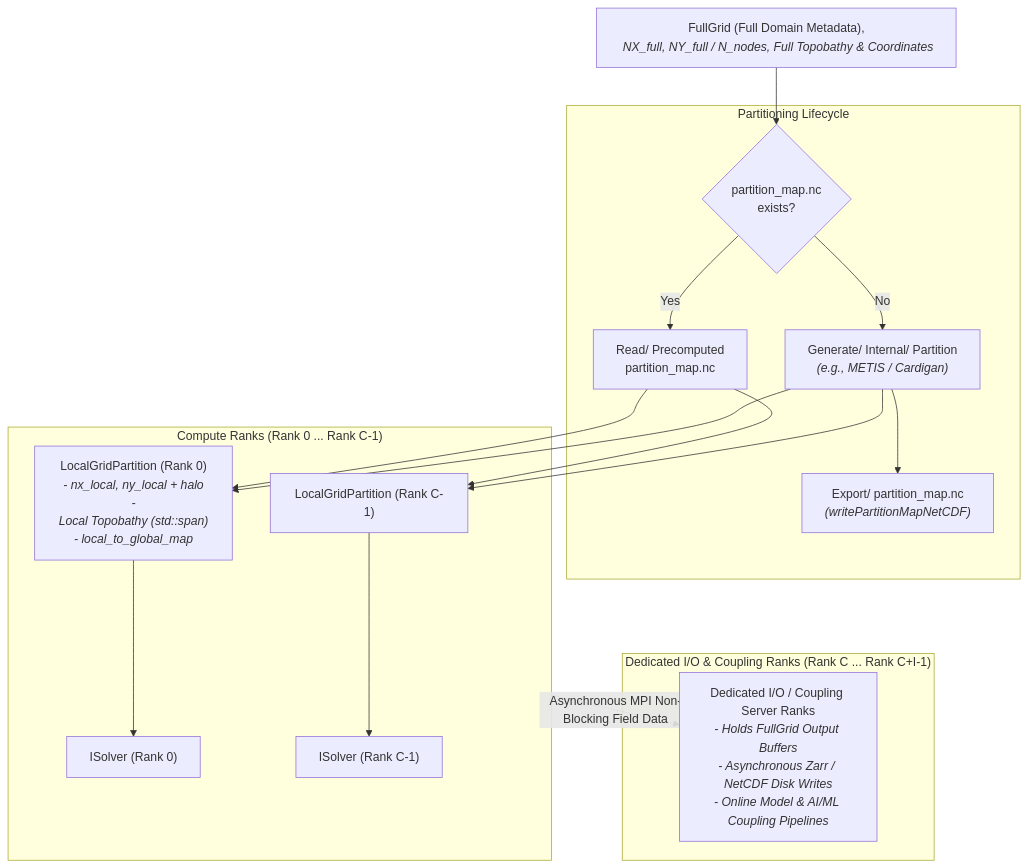
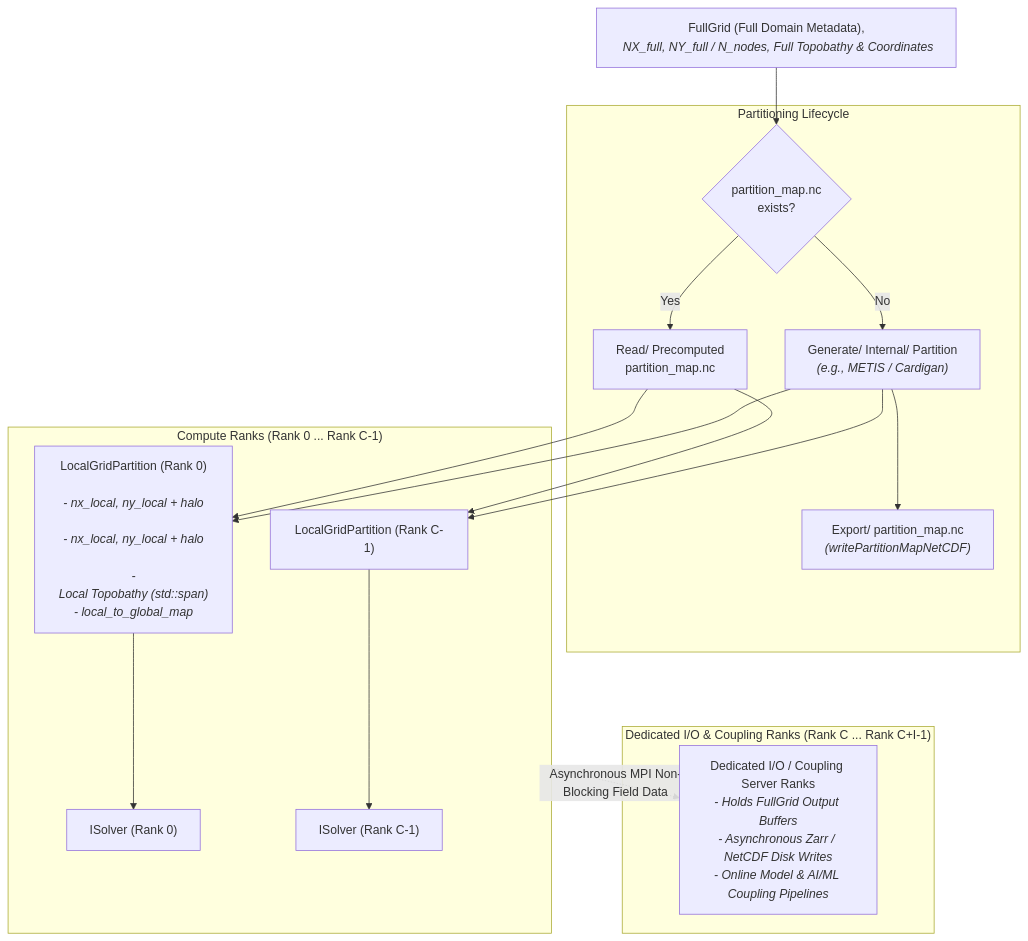
The third of 3 diagrams in ASSESSMENT.md (HendrikTolman-NOAA/WW4_HLT), drawn with Mermaid before and after one commit.

Commit message:
Format LP0 description for better readability

````diff
--- a/ASSESSMENT.md
+++ b/ASSESSMENT.md
@@ -208,39 +208,42 @@
 ```mermaid
 graph TD
     FG["FullGrid&nbsp;(Full&nbsp;Domain&nbsp;Metadata),<br/><i>&nbsp;NX_full,&nbsp;NY_full&nbsp;/&nbsp;N_nodes,&nbsp;Full&nbsp;Topobathy&nbsp;&&nbsp;Coordinates</i>"]
 
     subgraph PartMap ["Partitioning Lifecycle"]
         PM_CHK{"partition_map.nc<br/>exists?"}
         PM_READ["Read/&nbsp;Precomputed<br/>partition_map.nc"]
         PM_GEN["Generate/&nbsp;Internal/&nbsp;Partition<br/><i>(e.g., METIS / Cardigan)</i>"]
         PM_WRITE["Export/&nbsp;partition_map.nc<br/><i>(writePartitionMapNetCDF)</i>"]
 
         PM_CHK -- Yes --> PM_READ
         PM_CHK -- No --> PM_GEN
         PM_GEN --> PM_WRITE
     end
 
     FG --> PM_CHK
 
     subgraph ComputeRanks ["Compute Ranks (Rank 0 ... Rank C-1)"]
-        LP0["LocalGridPartition&nbsp;(Rank&nbsp;0)<br/><i>-&nbsp;nx_local,&nbsp;ny_local&nbsp;+&nbsp;halo</i><br/><i>-Local&nbsp;Topobathy&nbsp;(std::span)</i><br/><i>-&nbsp;local_to_global_map</i>"]
+        LP0["LocalGridPartition&nbsp;(Rank&nbsp;0)<br/>
+<i>-&nbsp;nx_local,&nbsp;ny_local&nbsp;+&nbsp;halo</i><br/>
+<i>-&nbsp;nx_local,&nbsp;ny_local&nbsp;+&nbsp;halo</i><br/>
+<i>-Local&nbsp;Topobathy&nbsp;(std::span)</i><br/><i>-&nbsp;local_to_global_map</i>"]
         LPC["LocalGridPartition&nbsp;(Rank&nbsp;C-1)"]
 
         S0["ISolver (Rank 0)"]
         SC["ISolver (Rank C-1)"]
 
         LP0 --> S0
         LPC --> SC
     end
 
     subgraph IORanks ["Dedicated I/O & Coupling Ranks (Rank C ... Rank C+I-1)"]
         IOR["Dedicated I/O / Coupling Server Ranks<br/><i>- Holds FullGrid Output Buffers</i><br/><i>- Asynchronous Zarr / NetCDF Disk Writes</i><br/><i>- Online Model & AI/ML Coupling Pipelines</i>"]
     end
 
     PM_READ --> LP0
     PM_READ --> LPC
     PM_GEN --> LP0
     PM_GEN --> LPC
 
     ComputeRanks -. Asynchronous MPI Non-Blocking Field Data .-> IOR
 ```
````
